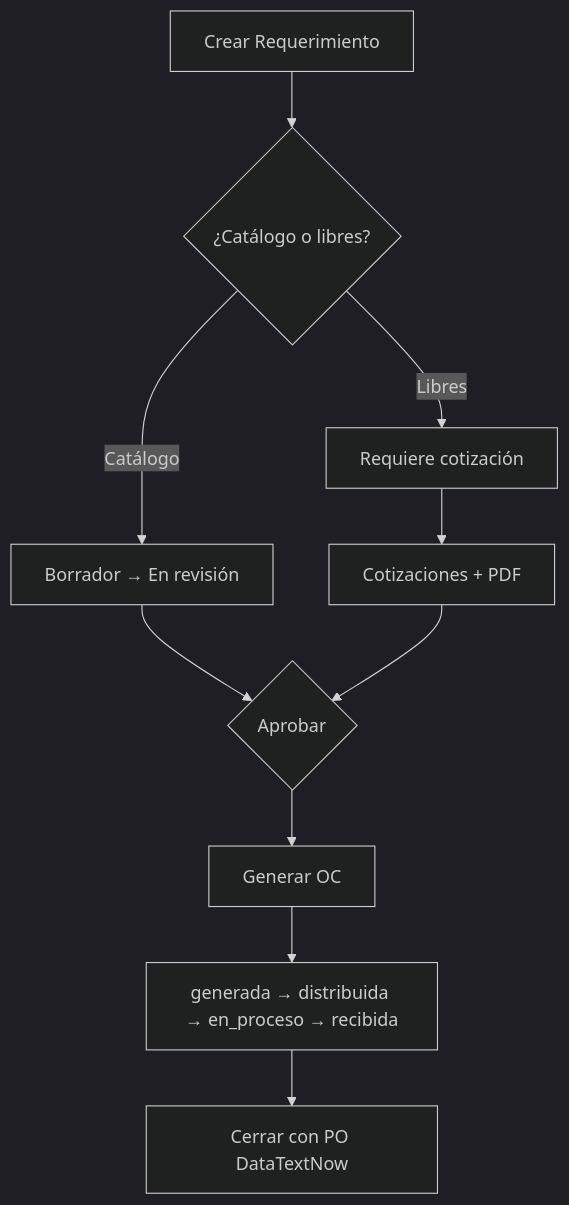
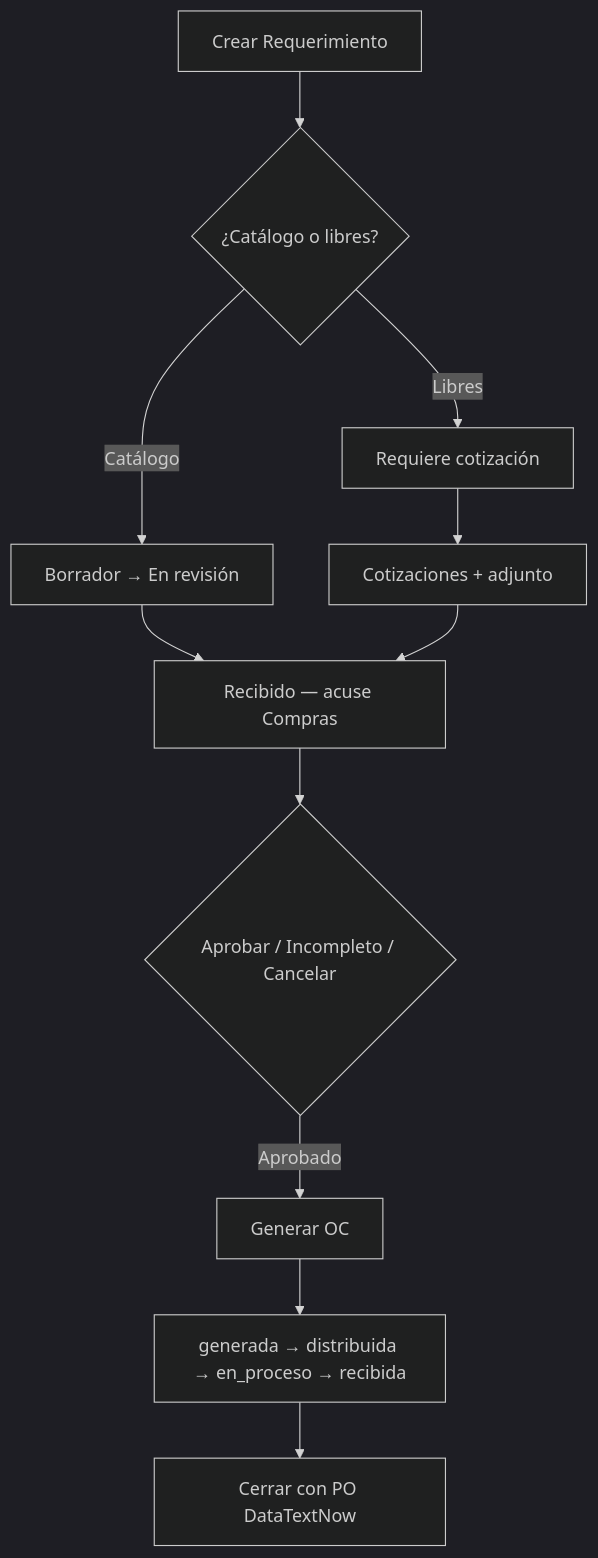
One commit to BenllaminSanz/Sistema-de-Ordenes-de-Compra changed the diagram in README.md. Above: the diagram before and after it, drawn with Mermaid (dark theme). The commit also changed other lines of this file and 71 other files, not shown here.

First line of the commit message:
release: v1.7.0 — rol Compras, acuse recibido y bandeja de notificaciones

````diff
--- a/README.md
+++ b/README.md
@@ -201,11 +148,12 @@
 ```mermaid
 flowchart TD
     A[Crear Requerimiento] --> B{¿Catálogo o libres?}
     B -->|Catálogo| C[Borrador → En revisión]
     B -->|Libres| D[Requiere cotización]
-    C --> E{Aprobar}
-    D --> F[Cotizaciones + PDF] --> E
-    E --> G[Generar OC]
+    C --> R[Recibido — acuse Compras]
+    D --> F[Cotizaciones + adjunto] --> R
+    R --> E{Aprobar / Incompleto / Cancelar}
+    E -->|Aprobado| G[Generar OC]
     G --> H[generada → distribuida → en_proceso → recibida]
     H --> I[Cerrar con PO DataTextNow]
 ```
````
